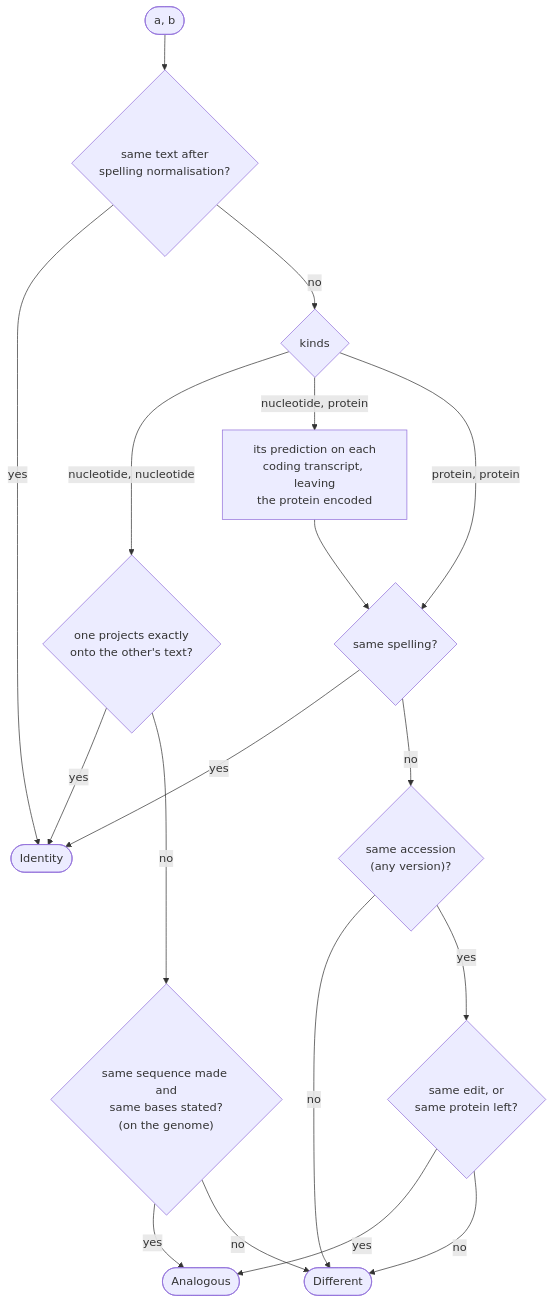
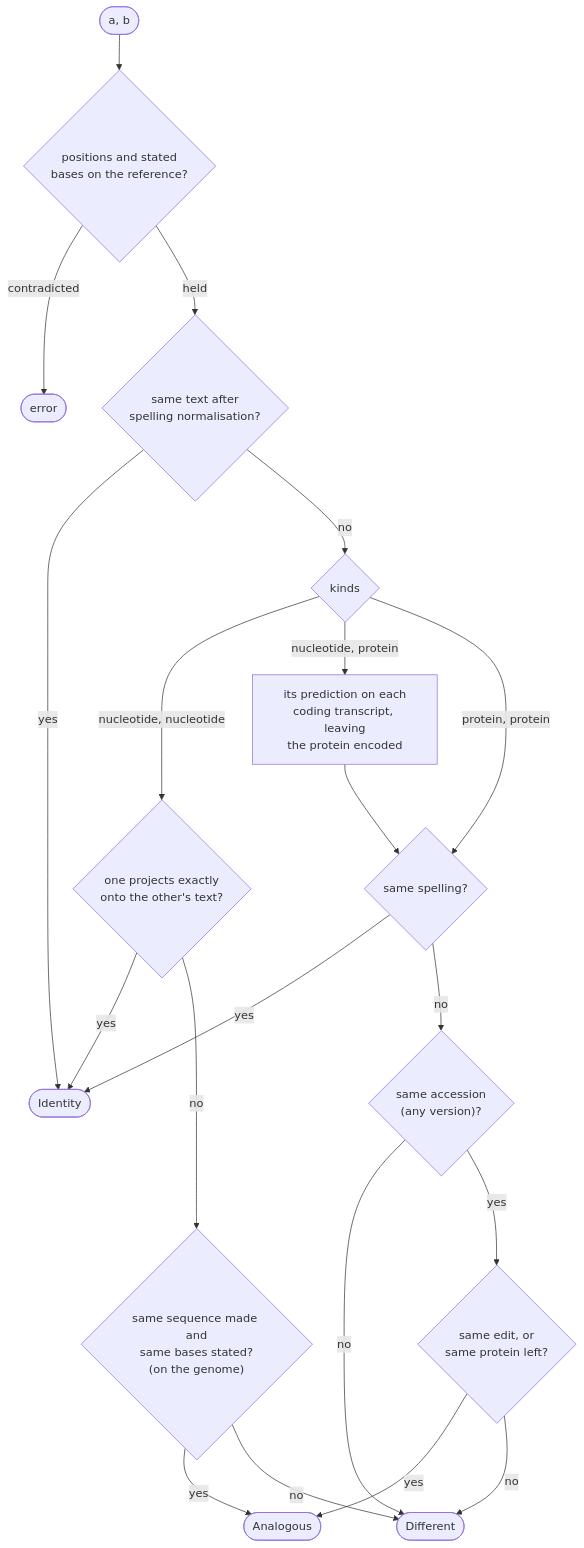
The diagram in docs/source/equivalence_logic.md (populationgenomics/hgvs-weaver), drawn with Mermaid before and after one commit. The commit also changed other lines of this file and 7 other files, not shown here.

````diff
--- a/docs/source/equivalence_logic.md
+++ b/docs/source/equivalence_logic.md
@@ -25,20 +31,22 @@
 ```mermaid
 flowchart TD
-    Start(["a, b"]) --> Text{"same text after<br/>spelling normalisation?"}
+    Start(["a, b"]) --> Check{"positions and stated<br/>bases on the reference?"}
+    Check -- "contradicted" --> Error([error])
+    Check -- held --> Text{"same text after<br/>spelling normalisation?"}
     Text -- yes --> Identity([Identity])
     Text -- no --> Kind{kinds}
     Kind -- "nucleotide, nucleotide" --> Proj{"one projects exactly<br/>onto the other's text?"}
     Proj -- yes --> Identity
     Proj -- no --> Allele{"same sequence made and<br/>same bases stated?<br/>(on the genome)"}
     Kind -- "nucleotide, protein" --> Pred["its prediction on each<br/>coding transcript, leaving<br/>the protein encoded"]
     Pred --> Prot
     Kind -- "protein, protein" --> Prot{"same spelling?"}
     Prot -- yes --> Identity
     Prot -- no --> Base{"same accession<br/>(any version)?"}
     Base -- no --> Different([Different])
     Base -- yes --> Left{"same edit, or<br/>same protein left?"}
     Allele -- yes --> Analogous([Analogous])
     Allele -- no --> Different
     Left -- yes --> Analogous
     Left -- no --> Different
 ```
````
